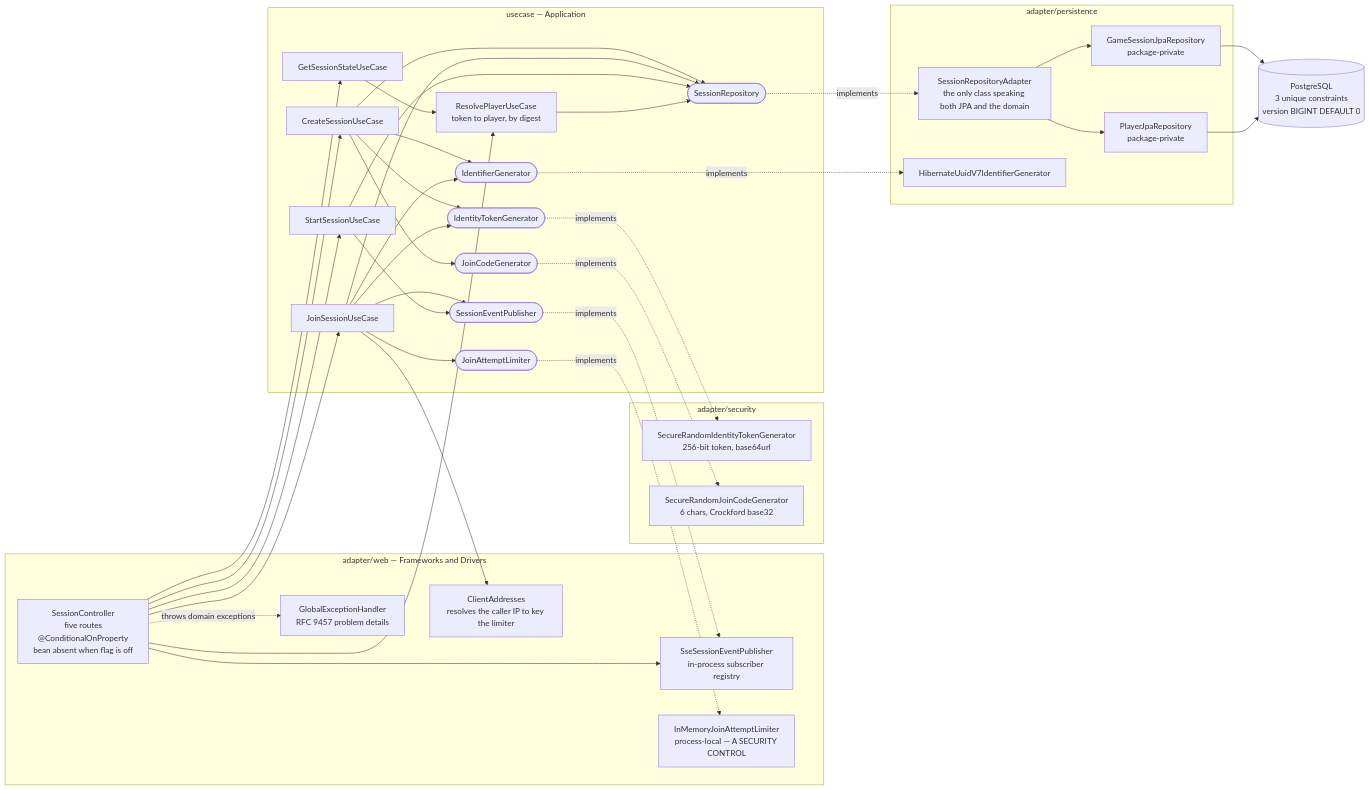
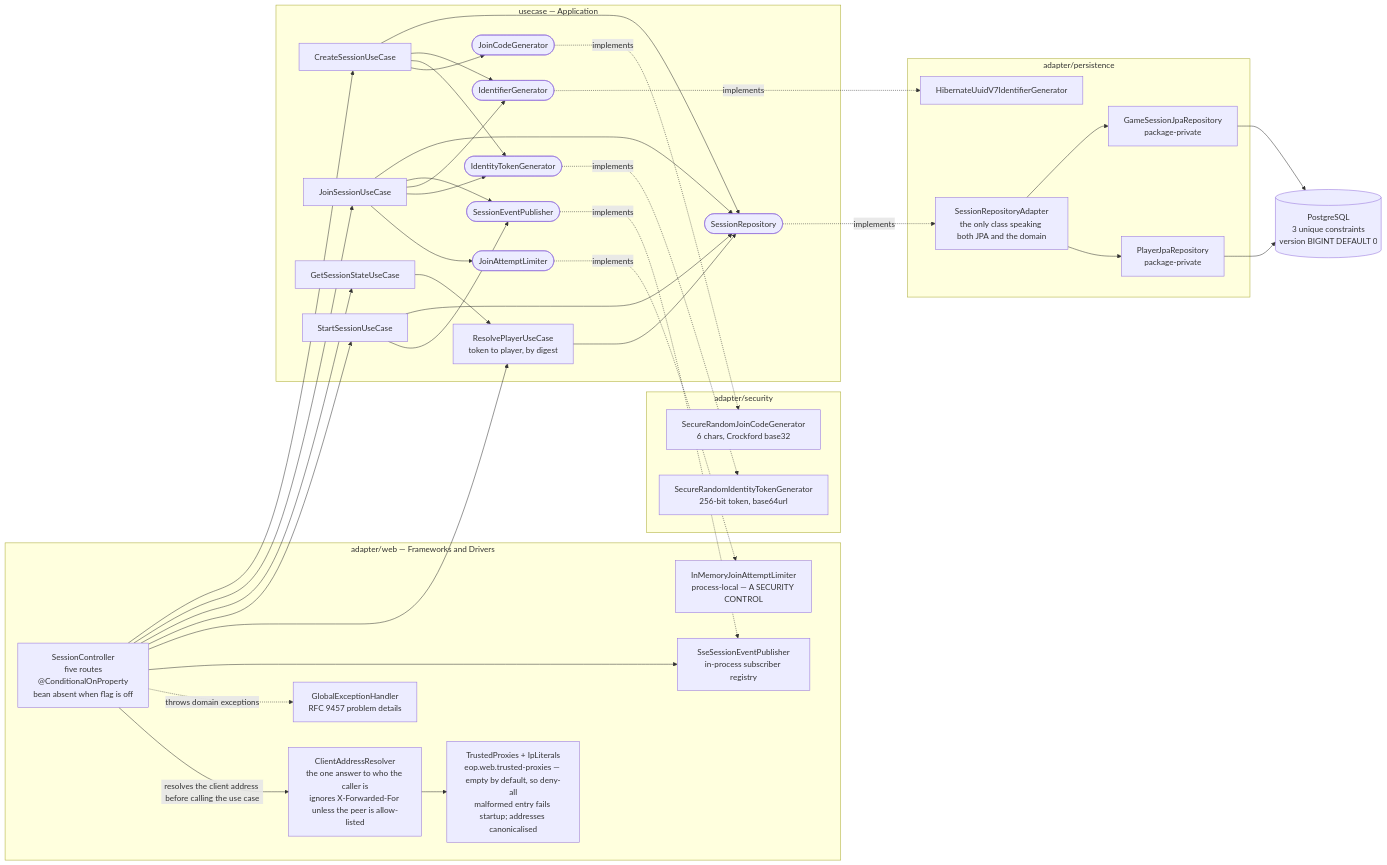
Before and after one commit to maglez/eop-threat-medeling: the second of 2 diagrams in docs/architecture/C4-Diagrams.md, drawn with Mermaid. The commit also changed other lines of this file and 24 other files, not shown here.

````diff
--- a/docs/architecture/C4-Diagrams.md
+++ b/docs/architecture/C4-Diagrams.md
@@ -91,74 +101,76 @@
 ```mermaid
 flowchart LR
     subgraph web["adapter/web — Frameworks and Drivers"]
         SC["SessionController<br/>five routes<br/>@ConditionalOnProperty<br/>bean absent when flag is off"]
         GEH["GlobalExceptionHandler<br/>RFC 9457 problem details"]
         SSE["SseSessionEventPublisher<br/>in-process subscriber registry"]
         LIM["InMemoryJoinAttemptLimiter<br/>process-local — A SECURITY CONTROL"]
-        CA["ClientAddresses<br/>resolves the caller IP to key the limiter"]
+        CA["ClientAddressResolver<br/>the one answer to who the caller is<br/>ignores X-Forwarded-For unless the peer is allow-listed"]
+        TP["TrustedProxies + IpLiterals<br/>eop.web.trusted-proxies — empty by default, so deny-all<br/>malformed entry fails startup; addresses canonicalised"]
     end
 
     subgraph secpkg["adapter/security"]
         TOK["SecureRandomIdentityTokenGenerator<br/>256-bit token, base64url"]
         JC["SecureRandomJoinCodeGenerator<br/>6 chars, Crockford base32"]
     end
 
     subgraph usecase["usecase — Application"]
         CREATE["CreateSessionUseCase"]
         JOIN["JoinSessionUseCase"]
         GET["GetSessionStateUseCase"]
         START["StartSessionUseCase"]
         RESOLVE["ResolvePlayerUseCase<br/>token to player, by digest"]
 
         P1(["SessionRepository"])
         P2(["SessionEventPublisher"])
         P3(["IdentifierGenerator"])
         P4(["IdentityTokenGenerator"])
         P5(["JoinCodeGenerator"])
         P6(["JoinAttemptLimiter"])
     end
 
     subgraph persist["adapter/persistence"]
         SRA["SessionRepositoryAdapter<br/>the only class speaking both JPA and the domain"]
         GSR["GameSessionJpaRepository<br/>package-private"]
         PJR["PlayerJpaRepository<br/>package-private"]
         UUIDG["HibernateUuidV7IdentifierGenerator"]
     end
 
     DB[("PostgreSQL<br/>3 unique constraints<br/>version BIGINT DEFAULT 0")]
 
     SC --> CREATE
     SC --> JOIN
     SC --> GET
     SC --> START
     SC --> RESOLVE
     SC --> SSE
     SC -.->|"throws domain exceptions"| GEH
-    JOIN --> CA
+    SC -->|"resolves the client address before calling the use case"| CA
+    CA --> TP
 
     CREATE --> P1
     CREATE --> P3
     CREATE --> P4
     CREATE --> P5
     JOIN --> P1
     JOIN --> P2
     JOIN --> P3
     JOIN --> P4
     JOIN --> P6
     GET --> RESOLVE
     START --> P1
     START --> P2
     RESOLVE --> P1
 
     P1 -.->|implements| SRA
     P2 -.->|implements| SSE
     P3 -.->|implements| UUIDG
     P4 -.->|implements| TOK
     P5 -.->|implements| JC
     P6 -.->|implements| LIM
 
     SRA --> GSR
     SRA --> PJR
     GSR --> DB
     PJR --> DB
 ```
````
